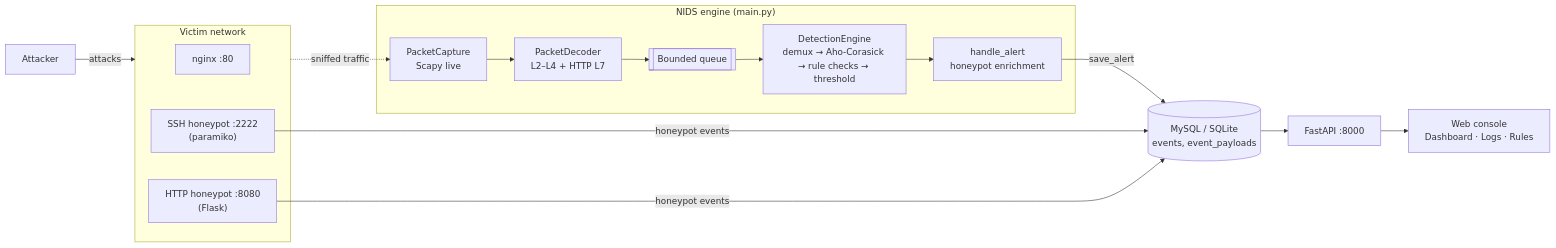
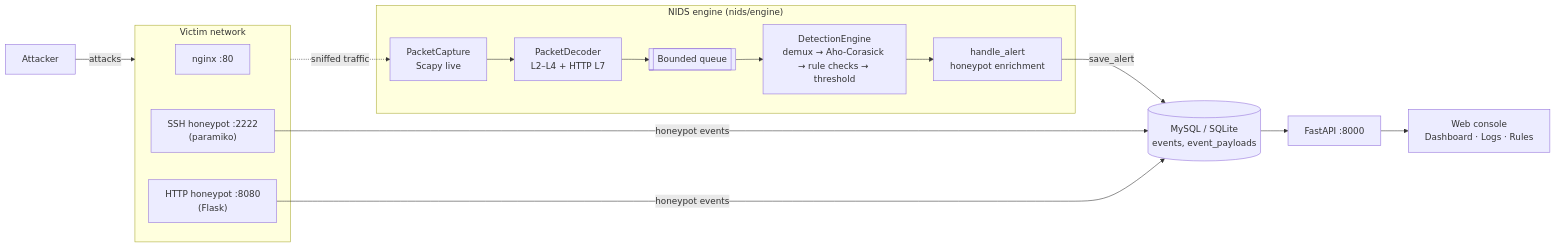
One commit to 74Teams/hybrid-nids changed the diagram in README.md. Above: the diagram before and after it, drawn with Mermaid. The commit also changed other lines of this file and 94 other files, not shown here.

````diff
--- a/README.md
+++ b/README.md
@@ -46,24 +46,24 @@
 ```mermaid
 flowchart LR
     attacker["Attacker"] -->|attacks| victim
 
     subgraph victim["Victim network"]
         nginx["nginx :80"]
         hpssh["SSH honeypot :2222<br/>(paramiko)"]
         hphttp["HTTP honeypot :8080<br/>(Flask)"]
     end
 
-    subgraph engine["NIDS engine (main.py)"]
+    subgraph engine["NIDS engine (nids/engine)"]
         cap["PacketCapture<br/>Scapy live"] --> dec["PacketDecoder<br/>L2–L4 + HTTP L7"]
         dec --> q[["Bounded queue"]]
         q --> det["DetectionEngine<br/>demux → Aho-Corasick → rule checks → threshold"]
         det --> enrich["handle_alert<br/>honeypot enrichment"]
     end
 
     victim -. "sniffed traffic" .-> cap
     enrich -->|save_alert| db[("MySQL / SQLite<br/>events, event_payloads")]
     hpssh -->|honeypot events| db
     hphttp -->|honeypot events| db
     db --> api["FastAPI :8000"]
     api --> ui["Web console<br/>Dashboard · Logs · Rules"]
 ```
````
